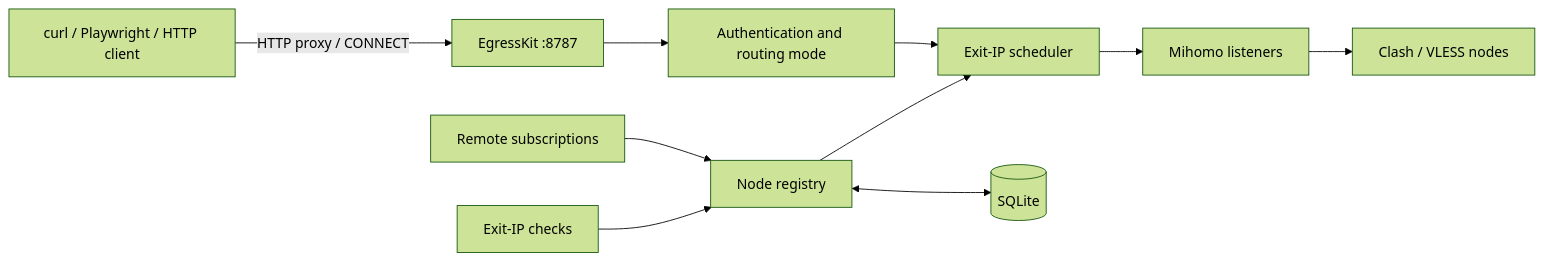
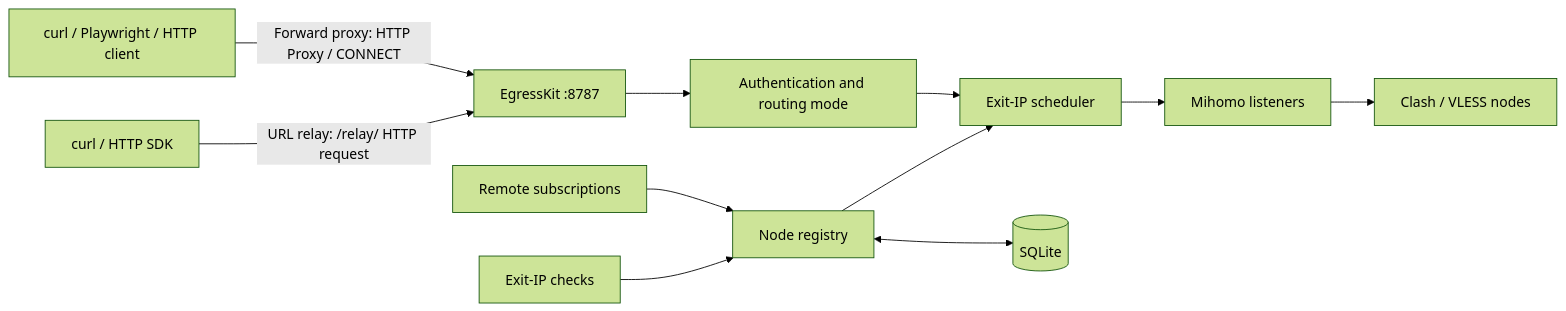
One commit to heyjunpenn/EgressKit changed the first of 2 diagrams in README_EN.md. Above: the diagram before and after it, drawn with Mermaid (forest theme). The commit also changed other lines of this file and 24 other files, not shown here.

Commit message:
feat: add single-core Mihomo runtime and URL relay access

````diff
--- a/README_EN.md
+++ b/README_EN.md
@@ -128,12 +189,13 @@
 ```mermaid
 flowchart LR
-    client["curl / Playwright / HTTP client"] -->|"HTTP proxy / CONNECT"| gateway["EgressKit :8787"]
+    client["curl / Playwright / HTTP client"] -->|"Forward proxy: HTTP Proxy / CONNECT"| gateway["EgressKit :8787"]
+    relayClient["curl / HTTP SDK"] -->|"URL relay: /relay/ HTTP request"| gateway
     gateway --> auth["Authentication and routing mode"]
     auth --> scheduler["Exit-IP scheduler"]
     scheduler --> listeners["Mihomo listeners"]
     listeners --> nodes["Clash / VLESS nodes"]
     subscriptions["Remote subscriptions"] --> registry["Node registry"]
     health["Exit-IP checks"] --> registry
     registry --> scheduler
     registry <--> sqlite[("SQLite")]
 ```
````
